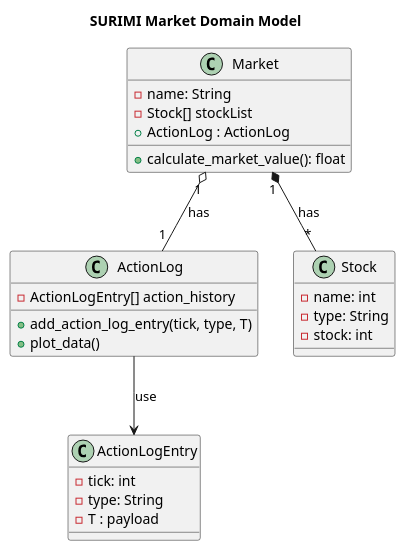
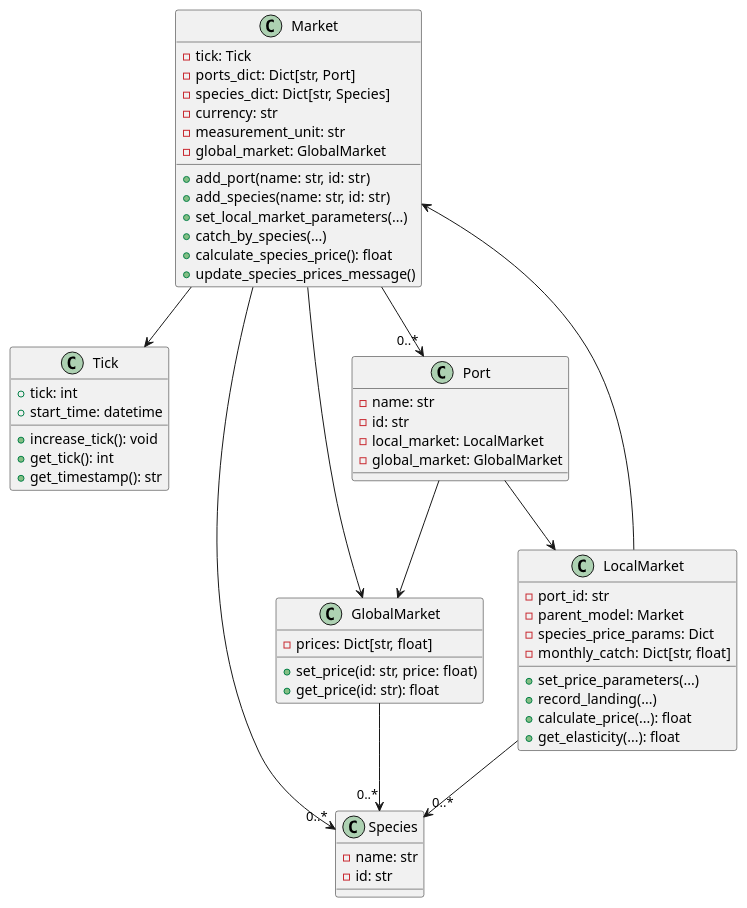
The diagram in doc/SURIMI_market_domain.plantuml (SURIMI-Project/SURIMI-market), drawn with PlantUML before and after one commit. The commit also changed other lines of this file and 2 other files, not shown here.

```diff
--- a/doc/SURIMI_market_domain.plantuml
+++ b/doc/SURIMI_market_domain.plantuml
@@ -1,35 +1,66 @@
-@startuml Domain Model
-
-title SURIMI Market Domain Model
-
-class "Market" as Market{
-    -name: String
-    -Stock[] stockList
-    +ActionLog : ActionLog
-    __
-    +calculate_market_value(): float
+@startuml
+' Core classes
+class Tick {
+  +tick: int
+  +start_time: datetime
+  +increase_tick(): void
+  +get_tick(): int
+  +get_timestamp(): str
 }
 
-class "ActionLog" as ActionLog{
-   -ActionLogEntry[] action_history
-   __
-   +add_action_log_entry(tick, type, T)
-   +plot_data()
+class Species {
+  -name: str
+  -id: str
 }
 
-class "ActionLogEntry" as ActionLogEntry {
-   -tick: int
-   -type: String
-   -T : payload
+class Market {
+  -tick: Tick
+  -ports_dict: Dict[str, Port]
+  -species_dict: Dict[str, Species]
+  -currency: str
+  -measurement_unit: str
+  -global_market: GlobalMarket
+  +add_port(name: str, id: str)
+  +add_species(name: str, id: str)
+  +set_local_market_parameters(...)
+  +catch_by_species(...)
+  +calculate_species_price(): float
+  +update_species_prices_message()
 }
 
-class "Stock" as Stock {
-   - name: int
-   - type: String
-   - stock: int
+class Port {
+  -name: str
+  -id: str
+  -local_market: LocalMarket
+  -global_market: GlobalMarket
 }
 
-Market "1" o-- "1" ActionLog : "has"
-Market "1" *-- "*" Stock : "has"
-ActionLog --> ActionLogEntry : "use"
+class GlobalMarket {
+  -prices: Dict[str, float]
+  +set_price(id: str, price: float)
+  +get_price(id: str): float
+}
+
+class LocalMarket {
+  -port_id: str
+  -parent_model: Market
+  -species_price_params: Dict
+  -monthly_catch: Dict[str, float]
+  +set_price_parameters(...)
+  +record_landing(...)
+  +calculate_price(...): float
+  +get_elasticity(...): float
+}
+
+' Relationships
+Market --> Tick
+Market --> "0..*" Port
+Market --> "0..*" Species
+Market --> GlobalMarket
+Port --> LocalMarket
+Port --> GlobalMarket
+LocalMarket --> Market
+GlobalMarket --> "0..*" Species
+LocalMarket --> "0..*" Species
+
 @enduml
```
